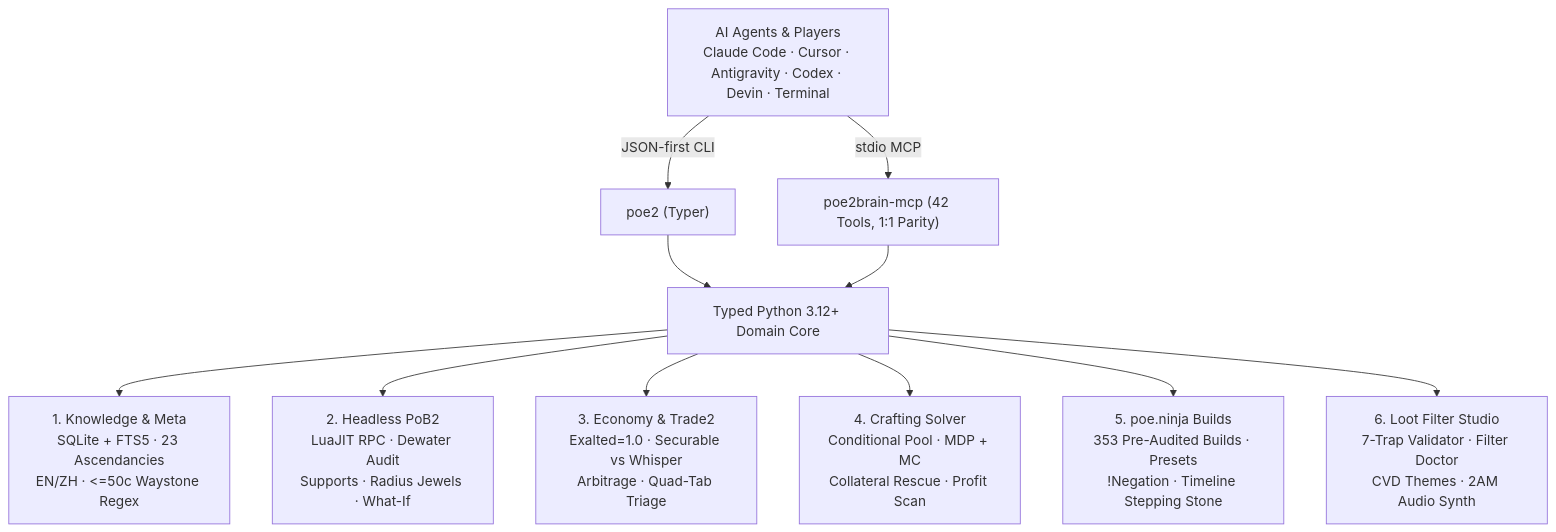
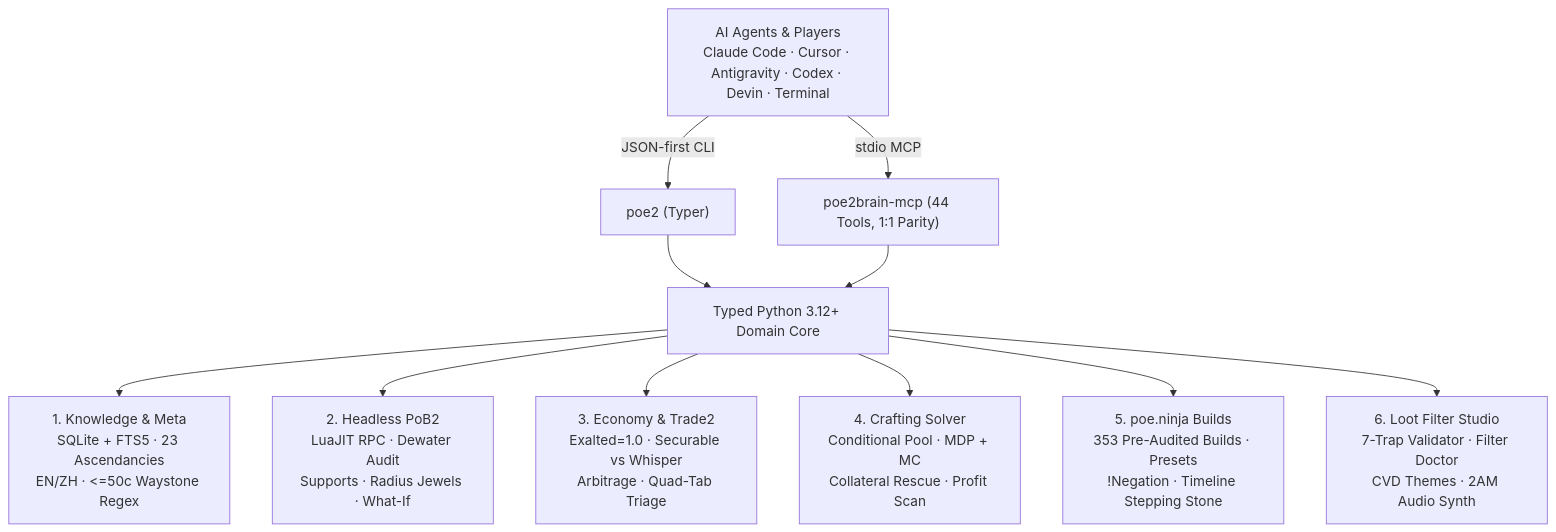
The diagram in README.md (lifan-builds/poe2brain), drawn with Mermaid before and after one commit. The commit also changed other lines of this file and 4 other files, not shown here.

Commit message:
docs: unify dark-fantasy brand banner, live web showcase (poe2brain.clifan.com), and 44 MCP tool counts

````diff
--- a/README.md
+++ b/README.md
@@ -106,15 +119,15 @@
 ```mermaid
 flowchart TB
     A["AI Agents & Players<br/>Claude Code · Cursor · Antigravity · Codex · Devin · Terminal"]
     A -->|JSON-first CLI| CLI["poe2 (Typer)"]
-    A -->|stdio MCP| MCP["poe2brain-mcp (42 Tools, 1:1 Parity)"]
+    A -->|stdio MCP| MCP["poe2brain-mcp (44 Tools, 1:1 Parity)"]
     CLI --> CORE["Typed Python 3.12+ Domain Core"]
     MCP --> CORE
 
     CORE --> P1["1. Knowledge & Meta<br/>SQLite + FTS5 · 23 Ascendancies<br/>EN/ZH · <=50c Waystone Regex"]
     CORE --> P2["2. Headless PoB2<br/>LuaJIT RPC · Dewater Audit<br/>Supports · Radius Jewels · What-If"]
     CORE --> P3["3. Economy & Trade2<br/>Exalted=1.0 · Securable vs Whisper<br/>Arbitrage · Quad-Tab Triage"]
     CORE --> P4["4. Crafting Solver<br/>Conditional Pool · MDP + MC<br/>Collateral Rescue · Profit Scan"]
     CORE --> P5["5. poe.ninja Builds<br/>353 Pre-Audited Builds · Presets<br/>!Negation · Timeline Stepping Stone"]
     CORE --> P6["6. Loot Filter Studio<br/>7-Trap Validator · Filter Doctor<br/>CVD Themes · 2AM Audio Synth"]
 ```
````
